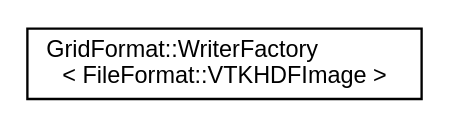
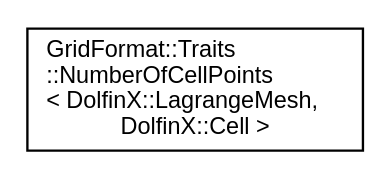
The diagram in inherit_graph_56.dot (dglaeser/gridformat), drawn with Graphviz before and after one commit. The commit also changed 484 other files, not shown here.

```diff
--- a/inherit_graph_56.dot
+++ b/inherit_graph_56.dot
@@ -1,8 +1,8 @@
 digraph "Graphical Class Hierarchy"
 {
  // LATEX_PDF_SIZE
   edge [fontname="Helvetica",fontsize="10",labelfontname="Helvetica",labelfontsize="10"];
   node [fontname="Helvetica",fontsize="10",shape=record];
   rankdir="LR";
-  Node0 [label="GridFormat::WriterFactory\l\< FileFormat::VTKHDFImage \>",height=0.2,width=0.4,color="black", fillcolor="white", style="filled",URL="$structGridFormat_1_1WriterFactory_3_01FileFormat_1_1VTKHDFImage_01_4.html",tooltip="Specialization of the WriterFactory for the vtk-hdf image grid format."];
+  Node0 [label="GridFormat::Traits\l::NumberOfCellPoints\l\< DolfinX::LagrangeMesh,\l DolfinX::Cell \>",height=0.2,width=0.4,color="black", fillcolor="white", style="filled",URL="$structGridFormat_1_1Traits_1_1NumberOfCellPoints_3_01DolfinX_1_1LagrangeMesh_00_01DolfinX_1_1Cell_01_4.html",tooltip=" "];
 }
```
